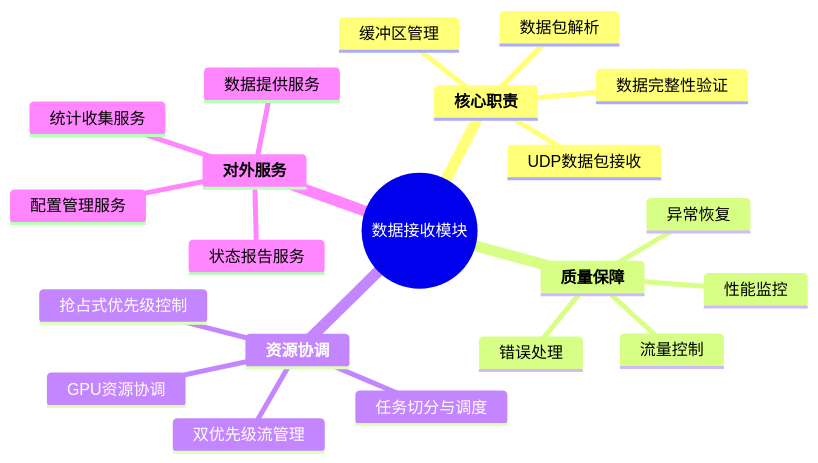
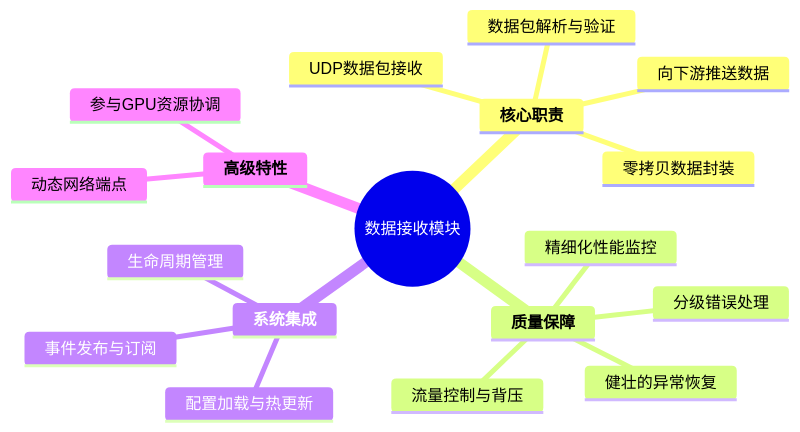
One commit to wendizhou99-cell/Radar changed the first of 7 diagrams in docs/01_项目设计/02_模块设计/01_数据接收模块设计.md. Above: the diagram before and after it, drawn with Mermaid. The commit also changed other lines of this file and 26 other files, not shown here.

First line of the commit message:
docs: 完成数据架构文档系列重构和Mermaid可视化指南增强

````diff
--- a/docs/01_项目设计/02_模块设计/01_数据接收模块设计.md
+++ b/docs/01_项目设计/02_模块设计/01_数据接收模块设计.md
@@ -83,24 +83,21 @@
 ```mermaid
 mindmap
   root((数据接收模块))
     **核心职责**
       UDP数据包接收
-      数据包解析
-      数据完整性验证
-      缓冲区管理
+      数据包解析与验证
+      零拷贝数据封装
+      向下游推送数据
     **质量保障**
-      错误处理
-      流量控制
-      性能监控
-      异常恢复
-    **资源协调**
-      GPU资源协调
-      抢占式优先级控制
-      任务切分与调度
-      双优先级流管理
-    **对外服务**
-      数据提供服务
-      状态报告服务
-      配置管理服务
-      统计收集服务
+      分级错误处理
+      流量控制与背压
+      精细化性能监控
+      健壮的异常恢复
+    **系统集成**
+      生命周期管理
+      配置加载与热更新
+      事件发布与订阅
+    **高级特性**
+      动态网络端点
+      参与GPU资源协调
 ```
````
